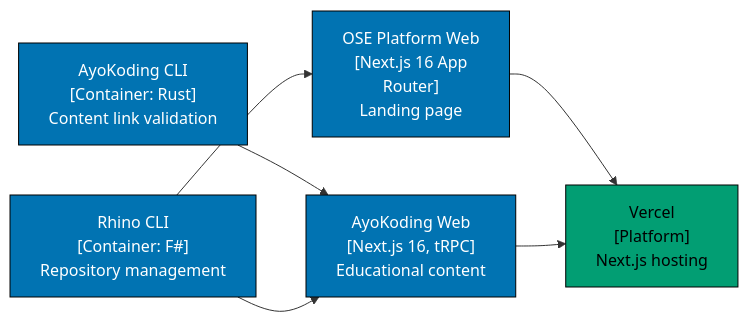
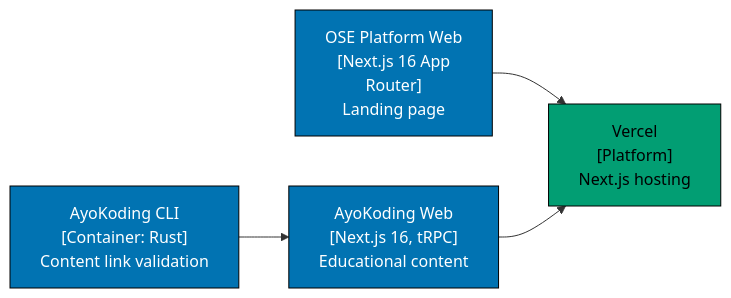
Before and after one commit to wahidyankf/ose-public: the second of 3 diagrams in docs/explanation/software-engineering/architecture/c4-architecture-model/nx-workspace-visualization.md, drawn with Mermaid. The commit also changed other lines of this file and 1105 other files, not shown here.

````diff
--- a/docs/explanation/software-engineering/architecture/c4-architecture-model/nx-workspace-visualization.md
+++ b/docs/explanation/software-engineering/architecture/c4-architecture-model/nx-workspace-visualization.md
@@ -113,19 +109,16 @@
 ```mermaid
 graph LR
     accTitle: Full Platform View
-    accDescr: AyoKoding CLI Container: Rust Content link validation leads to AyoKoding Web Next.js 16, tRPC Educational content; Rhino CLI Container: F Repository management leads to OSE Platform Web Next.js 16 App Router Landing page; and 3 more links.
+    accDescr: AyoKoding CLI Container: Rust Content link validation leads to AyoKoding Web Next.js 16, tRPC Educational content; and 3 more links.
     OseWeb["OSE Platform Web<br/>[Next.js 16 App<br/>Router]<br/>Landing page"]:::blue
     AyoWeb["AyoKoding Web<br/>[Next.js 16, tRPC]<br/>Educational content"]:::blue
     AyoCLI["AyoKoding CLI<br/>[Container: Rust]<br/>Content link validation"]:::blue
-    RhinoCLI["Rhino CLI<br/>[Container: F#]<br/>Repository management"]:::blue
     Vercel["Vercel<br/>[Platform]<br/>Next.js hosting"]:::teal
 
     AyoCLI --> AyoWeb
-    RhinoCLI --> OseWeb
-    RhinoCLI --> AyoWeb
     OseWeb --> Vercel
     AyoWeb --> Vercel
 
     classDef blue fill:#0173B2,stroke:#000000,color:#FFFFFF
     classDef teal fill:#029E73,stroke:#000000,color:#000000
 ```
````
